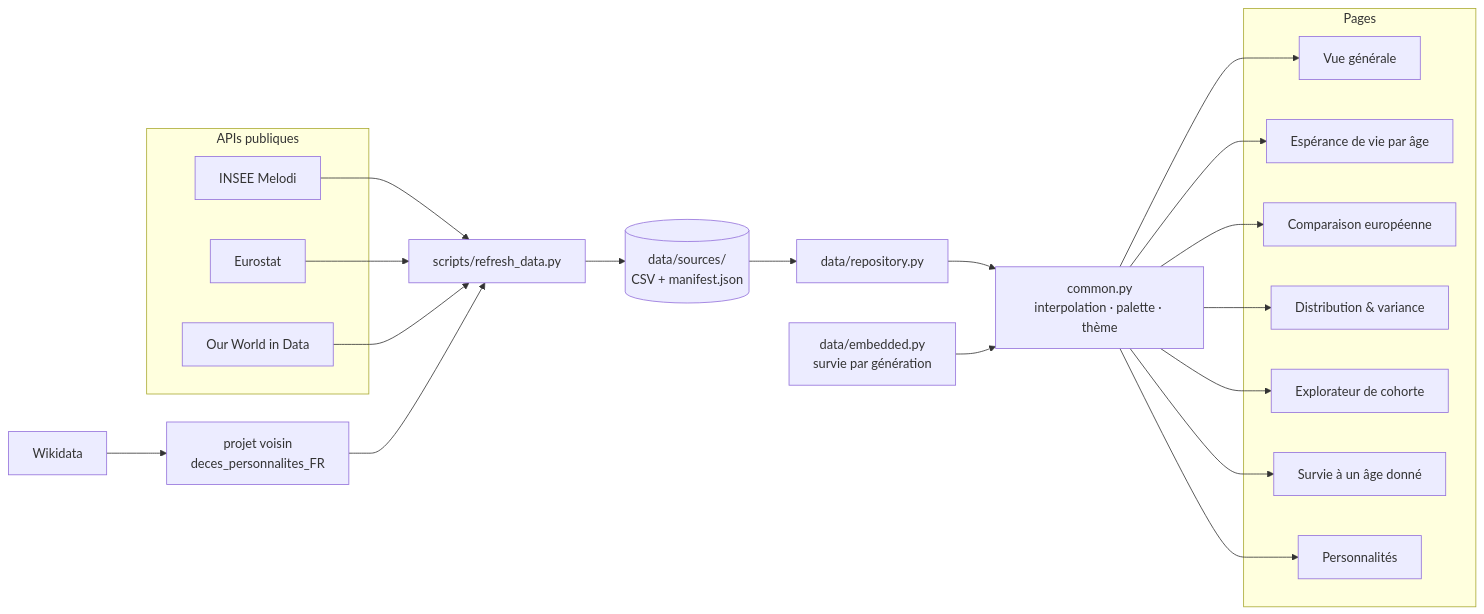
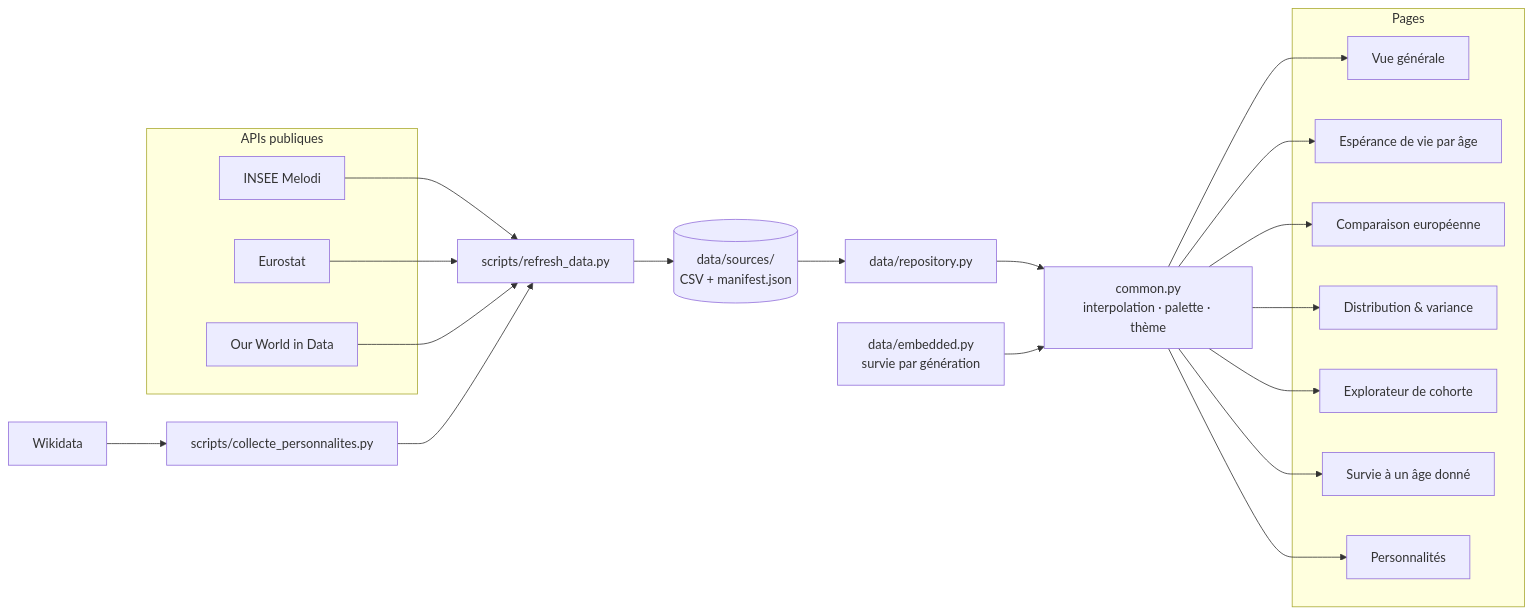
One commit to floSa/esperance_de_vie_FR changed the diagram in README.md. Above: the diagram before and after it, drawn with Mermaid. The commit also changed other lines of this file and 1 other file, not shown here.

First line of the commit message:
docs: décrire la collecte des personnalités dans le dépôt

````diff
--- a/README.md
+++ b/README.md
@@ -75,27 +81,27 @@
 ```mermaid
 flowchart LR
   subgraph Sources["APIs publiques"]
     insee[INSEE Melodi]
     euro[Eurostat]
     owid[Our World in Data]
   end
-  wd[Wikidata] --> collecte[projet voisin<br/>deces_personnalites_FR]
+  wd[Wikidata] --> collecte[scripts/collecte_personnalites.py]
   refresh[scripts/refresh_data.py]
   csv[(data/sources/<br/>CSV + manifest.json)]
   repo[data/repository.py]
   emb[data/embedded.py<br/>survie par génération]
   common[common.py<br/>interpolation · palette · thème]
   subgraph Pages
     p1[Vue générale]
     p2[Espérance de vie par âge]
     p3[Comparaison européenne]
     p4[Distribution & variance]
     p5[Explorateur de cohorte]
     p6[Survie à un âge donné]
     p7[Personnalités]
   end
   insee & euro & owid --> refresh --> csv --> repo --> common
   collecte --> refresh
   emb --> common
   common --> p1 & p2 & p3 & p4 & p5 & p6 & p7
 ```
````
